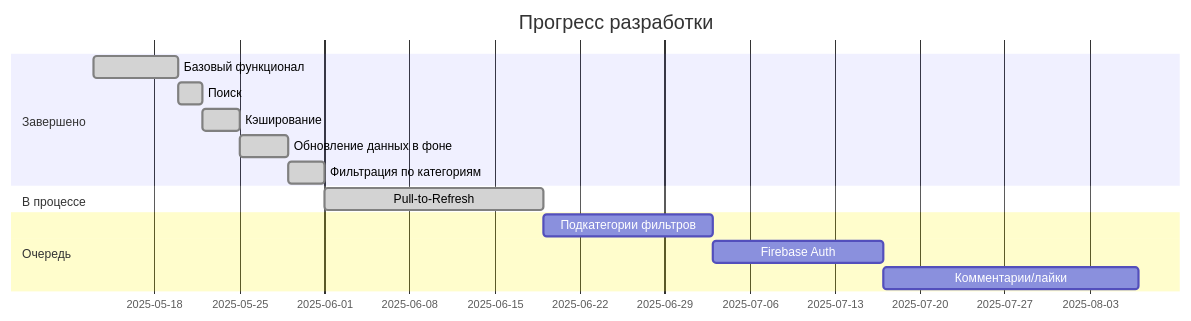
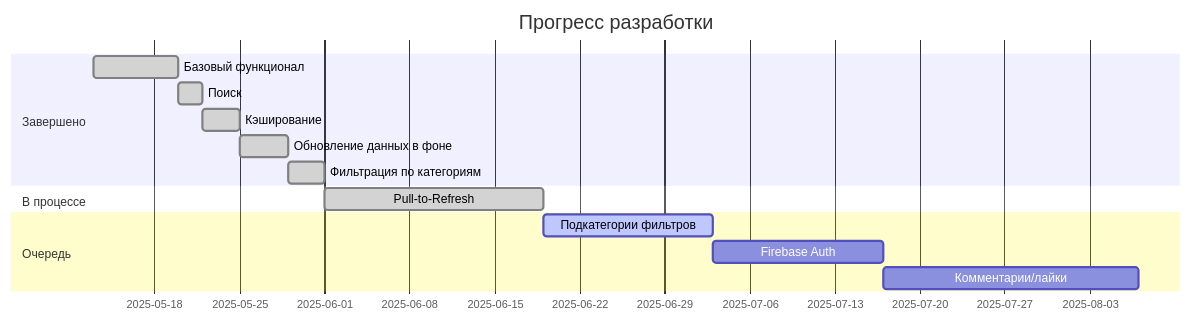
The diagram in README.md (niksaen-official/NewsAggregator), drawn with Mermaid before and after one commit.

````diff
--- a/README.md
+++ b/README.md
@@ -38,18 +38,18 @@
 ```mermaid
 gantt
     title Прогресс разработки
     dateFormat  YYYY-MM-DD
     todayMarker stroke=#000, thickness=4px
     section Завершено
     Базовый функционал          :done,    task1, 2025-05-13, 7d
     Поиск                       :done,    task2, after task1, 2d
     Кэширование                 :done,    task3, after task2, 3d
     Обновление данных в фоне    :done,    task4, after task3, 4d
     Фильтрация по категориям    :done,    task5, after task4, 3d
     section В процессе
     Pull-to-Refresh             :done,  task6, after task5, 18d
     section Очередь
-    Подкатегории фильтров       :active         task7, after task6, 14d
+    Подкатегории фильтров       :active,         task7, after task6, 14d
     Firebase Auth               :         task8, after task7, 14d
     Комментарии/лайки           :         task9, after task8, 21d
 ```
````
